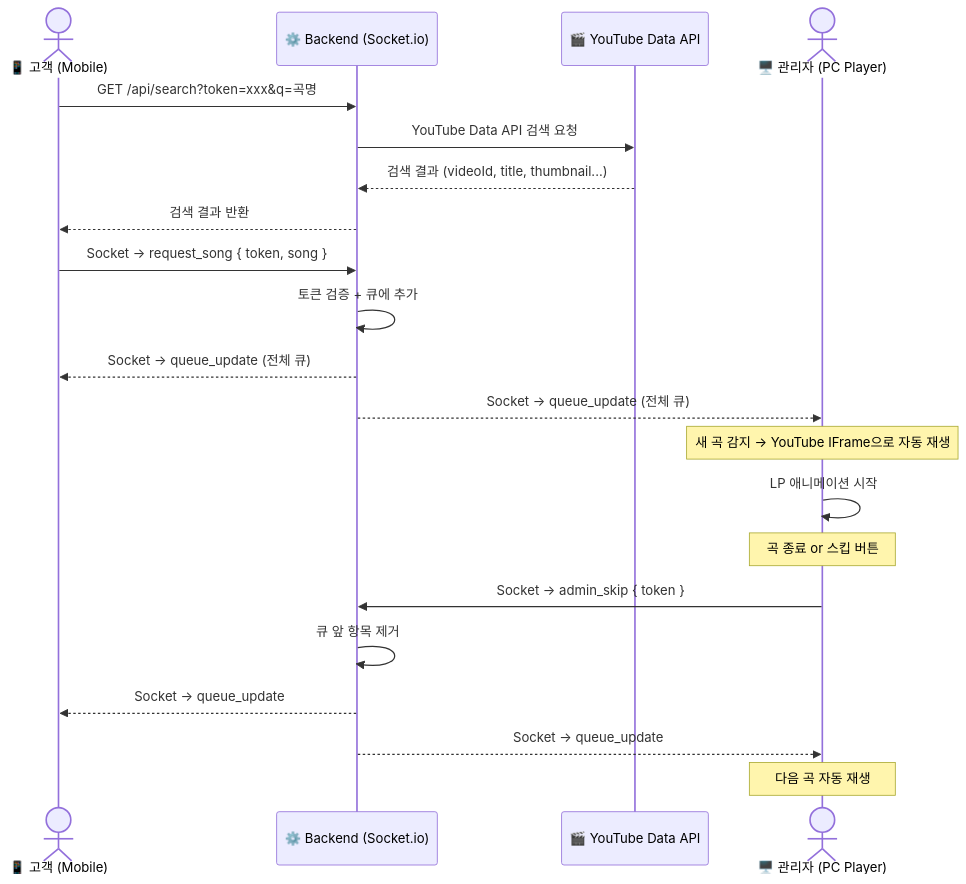
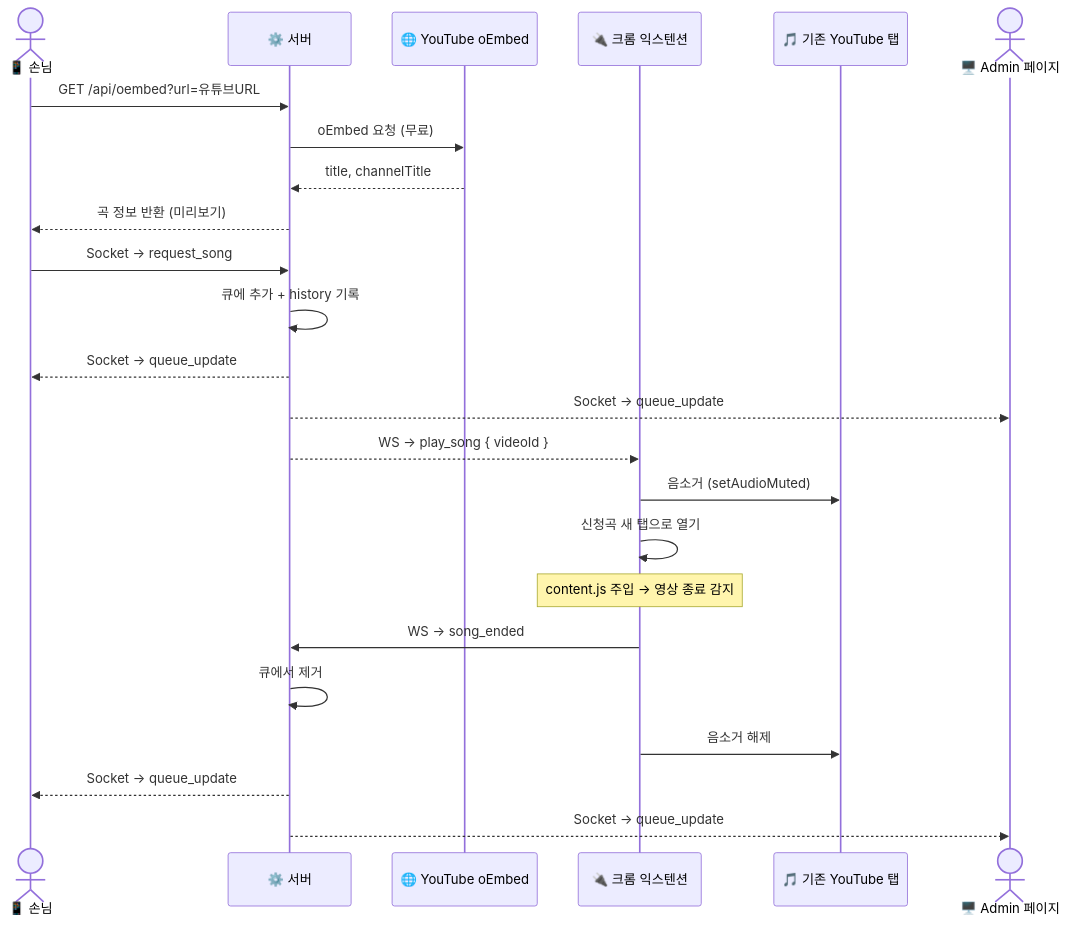
One commit to sngmng6506/caffeine-Flow changed the second of 3 diagrams in README.md. Above: the diagram before and after it, drawn with Mermaid. The commit also changed other lines of this file, not shown here.

Commit message:
docs: update README to reflect new architecture

````diff
--- a/README.md
+++ b/README.md
@@ -82,27 +88,30 @@
 ```mermaid
 sequenceDiagram
-    actor 고객 as 📱 고객 (Mobile)
-    participant 서버 as ⚙️ Backend (Socket.io)
-    participant YT_API as 🎬 YouTube Data API
-    actor 관리자 as 🖥️ 관리자 (PC Player)
+    actor 손님 as 📱 손님
+    participant 서버 as ⚙️ 서버
+    participant YT_OE as 🌐 YouTube oEmbed
+    participant 익스텐션 as 🔌 크롬 익스텐션
+    participant YT_기존 as 🎵 기존 YouTube 탭
+    actor 관리자 as 🖥️ Admin 페이지
 
-    고객->>서버: GET /api/search?token=xxx&q=곡명
-    서버->>YT_API: YouTube Data API 검색 요청
-    YT_API-->>서버: 검색 결과 (videoId, title, thumbnail...)
-    서버-->>고객: 검색 결과 반환
+    손님->>서버: GET /api/oembed?url=유튜브URL
+    서버->>YT_OE: oEmbed 요청 (무료)
+    YT_OE-->>서버: title, channelTitle
+    서버-->>손님: 곡 정보 반환 (미리보기)
 
-    고객->>서버: Socket → request_song { token, song }
-    서버->>서버: 토큰 검증 + 큐에 추가
-    서버-->>고객: Socket → queue_update (전체 큐)
-    서버-->>관리자: Socket → queue_update (전체 큐)
+    손님->>서버: Socket → request_song
+    서버->>서버: 큐에 추가 + history 기록
+    서버-->>손님: Socket → queue_update
+    서버-->>관리자: Socket → queue_update
+    서버-->>익스텐션: WS → play_song { videoId }
 
-    Note over 관리자: 새 곡 감지 → YouTube IFrame으로 자동 재생
-    관리자->>관리자: LP 애니메이션 시작
+    익스텐션->>YT_기존: 음소거 (setAudioMuted)
+    익스텐션->>익스텐션: 신청곡 새 탭으로 열기
+    Note over 익스텐션: content.js 주입 → 영상 종료 감지
 
-    Note over 관리자: 곡 종료 or 스킵 버튼
-    관리자->>서버: Socket → admin_skip { token }
-    서버->>서버: 큐 앞 항목 제거
-    서버-->>고객: Socket → queue_update
+    익스텐션->>서버: WS → song_ended
+    서버->>서버: 큐에서 제거
+    익스텐션->>YT_기존: 음소거 해제
+    서버-->>손님: Socket → queue_update
     서버-->>관리자: Socket → queue_update
-    Note over 관리자: 다음 곡 자동 재생
 ```
````
